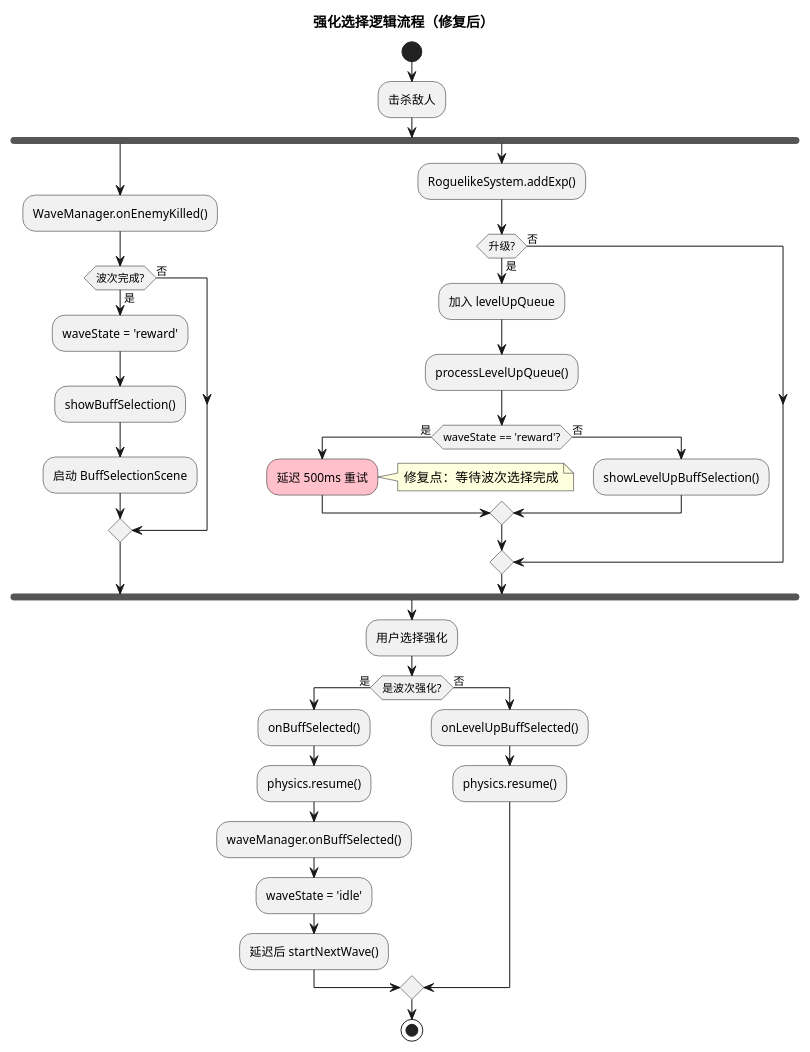
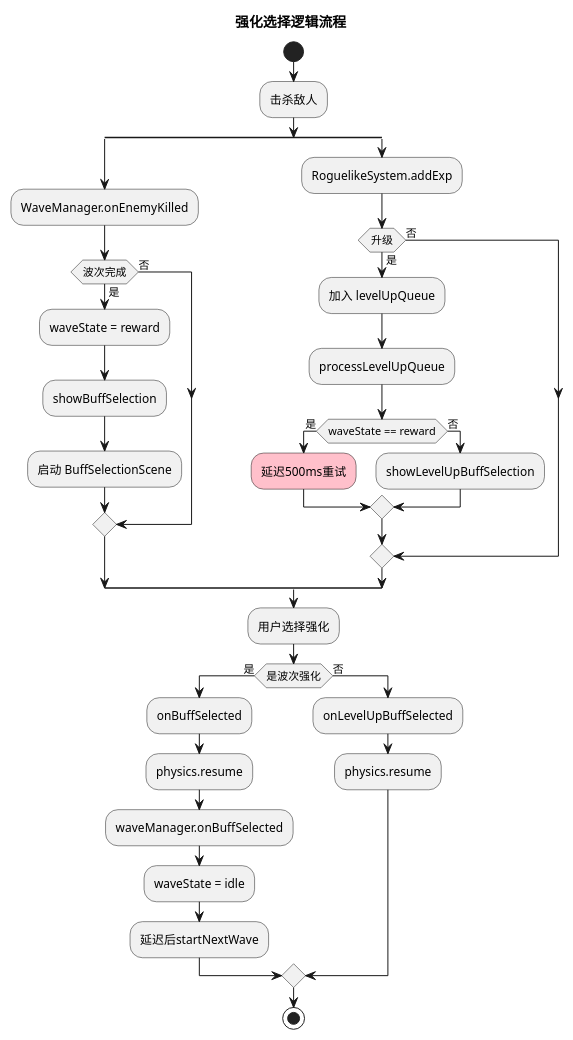
Before and after one commit to sayurinana/test-aide-1: the diagram in .aide/diagrams/buff-selection-logic.puml, drawn with PlantUML. The commit also changed 4 other files, not shown here.

```diff
--- a/.aide/diagrams/buff-selection-logic.puml
+++ b/.aide/diagrams/buff-selection-logic.puml
@@ -1,51 +1,50 @@
 @startuml buff-selection-logic
 skinparam defaultFontName "PingFang SC"
 skinparam dpi 300
 scale 0.3
 
-title 强化选择逻辑流程（修复后）
+title 强化选择逻辑流程
 
 start
 
 :击杀敌人;
 
-fork
-  :WaveManager.onEnemyKilled();
-  if (波次完成?) then (是)
-    :waveState = 'reward';
-    :showBuffSelection();
+split
+  :WaveManager.onEnemyKilled;
+  if (波次完成) then (是)
+    :waveState = reward;
+    :showBuffSelection;
     :启动 BuffSelectionScene;
   else (否)
   endif
-fork again
-  :RoguelikeSystem.addExp();
-  if (升级?) then (是)
+split again
+  :RoguelikeSystem.addExp;
+  if (升级) then (是)
     :加入 levelUpQueue;
-    :processLevelUpQueue();
+    :processLevelUpQueue;
 
-    if (waveState == 'reward'?) then (是)
-      #pink:延迟 500ms 重试;
-      note right: 修复点：等待波次选择完成
+    if (waveState == reward) then (是)
+      #pink:延迟500ms重试;
     else (否)
-      :showLevelUpBuffSelection();
+      :showLevelUpBuffSelection;
     endif
   else (否)
   endif
-end fork
+end split
 
 :用户选择强化;
 
-if (是波次强化?) then (是)
-  :onBuffSelected();
-  :physics.resume();
-  :waveManager.onBuffSelected();
-  :waveState = 'idle';
-  :延迟后 startNextWave();
+if (是波次强化) then (是)
+  :onBuffSelected;
+  :physics.resume;
+  :waveManager.onBuffSelected;
+  :waveState = idle;
+  :延迟后startNextWave;
 else (否)
-  :onLevelUpBuffSelected();
-  :physics.resume();
+  :onLevelUpBuffSelected;
+  :physics.resume;
 endif
 
 stop
 
 @enduml
```
